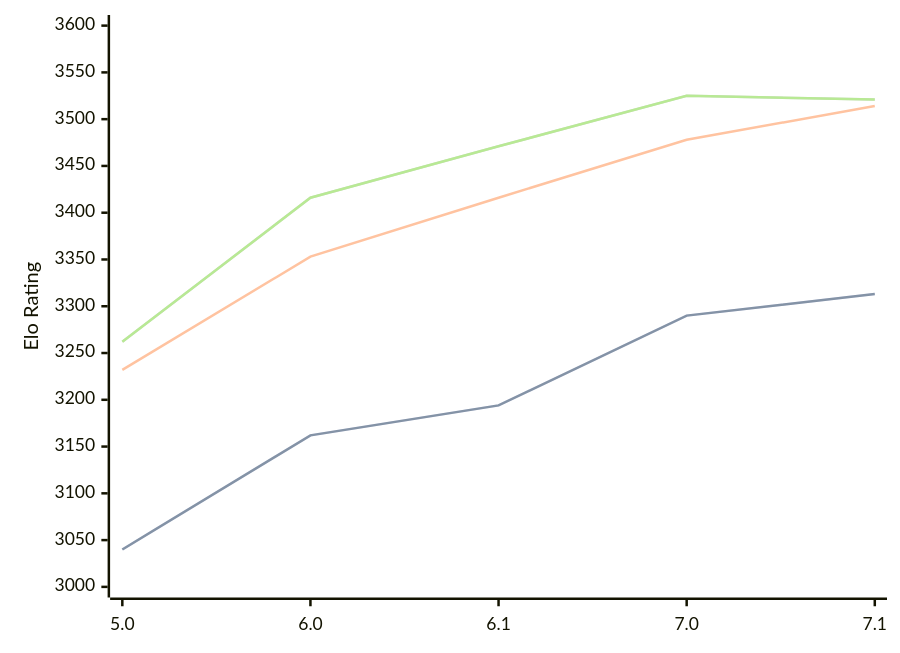
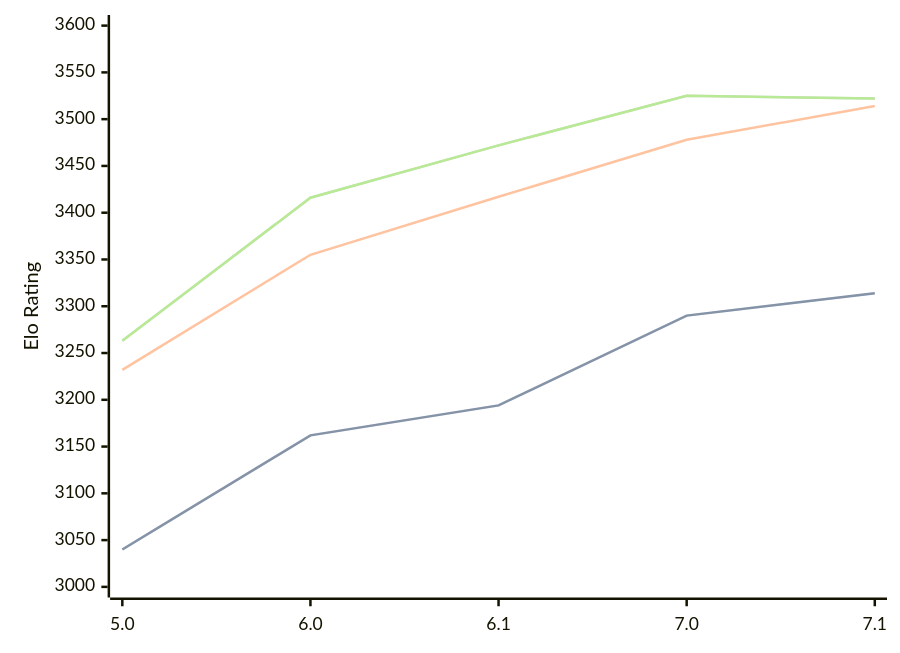
Before and after one commit to computer-chess-index/cci: the diagram in engines/PZChessBot.md, drawn with Mermaid. The commit also changed other lines of this file, not shown here.

Commit message:
Update CCI Ratings (ELO VLTC) - 2026-08-19

````diff
--- a/engines/PZChessBot.md
+++ b/engines/PZChessBot.md
@@ -35,11 +35,11 @@
 ```mermaid
 %%{init: {"theme":"base","themeVariables":{"seriesColors:['#a3a3a3','#222221','#faa371']}}}%%
 xychart-beta
   x-axis ["5.0", "6.0", "6.1", "7.0", "7.1"]
   y-axis "Elo Rating" 3000 --> 3600
-  line "STC (8.0+0.08s)" [3040, 3162, 3194, 3290, 3313]
-  line "STC (8.0+0.08s)" [3040, 3162, 3194, 3290, 3313]
-  line "LTC (60.0+0.60s)" [3232, 3353, 3416, 3478, 3514]
-  line "VLTC (2m24s+1.12s)" [3262, 3416, 3471, 3525, 3521]
-  line "VLTC (2m24s+1.12s)" [3262, 3416, 3471, 3525, 3521]
+  line "STC (8.0+0.08s)" [3040, 3162, 3194, 3290, 3314]
+  line "STC (8.0+0.08s)" [3040, 3162, 3194, 3290, 3314]
+  line "LTC (60.0+0.60s)" [3232, 3355, 3417, 3478, 3514]
+  line "VLTC (2m24s+1.12s)" [3263, 3416, 3472, 3525, 3522]
+  line "VLTC (2m24s+1.12s)" [3263, 3416, 3472, 3525, 3522]
 ```
````
